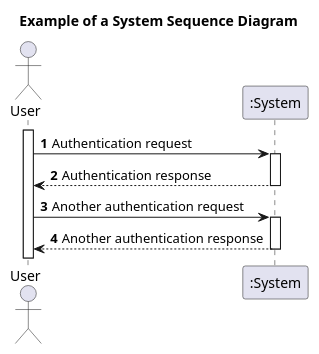
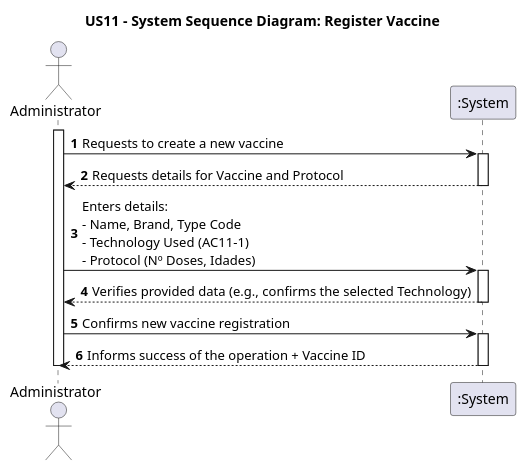
Before and after one commit to goncalomaia18/leti-esoft-25-26-C3: the diagram in docs/system-documentation/US11/puml/US11-SSD.puml, drawn with PlantUML. The commit also changed 6 other files, not shown here.

Commit message:
Atualizações nos diagramas e documentação do US11

```diff
--- a/docs/system-documentation/US11/puml/US11-SSD.puml
+++ b/docs/system-documentation/US11/puml/US11-SSD.puml
@@ -1,19 +1,27 @@
 @startuml
 'https://plantuml.com/sequence-diagram
 
-title Example of a System Sequence Diagram
+title US11 - System Sequence Diagram: Register Vaccine
 
 autoactivate on
 autonumber
 
-actor "User" as User
+actor "Administrator" as Admin
 participant ":System" as System
 
-activate User
+activate Admin
 
-User -> System: Authentication request
-System --> User: Authentication response
+Admin -> System: Requests to create a new vaccine
+System --> Admin: Requests details for Vaccine and Protocol
 
-User -> System: Another authentication request
-User <-- System: Another authentication response
+Admin -> System: Enters details:\n- Name, Brand, Type Code\n- Technology Used (AC11-1)\n- Protocol (Nº Doses, Idades)
+
+
+
+Admin <-- System: Verifies provided data (e.g., confirms the selected Technology)
+
+Admin -> System: Confirms new vaccine registration
+System --> Admin: Informs success of the operation + Vaccine ID
+
+deactivate Admin
 @enduml
```
